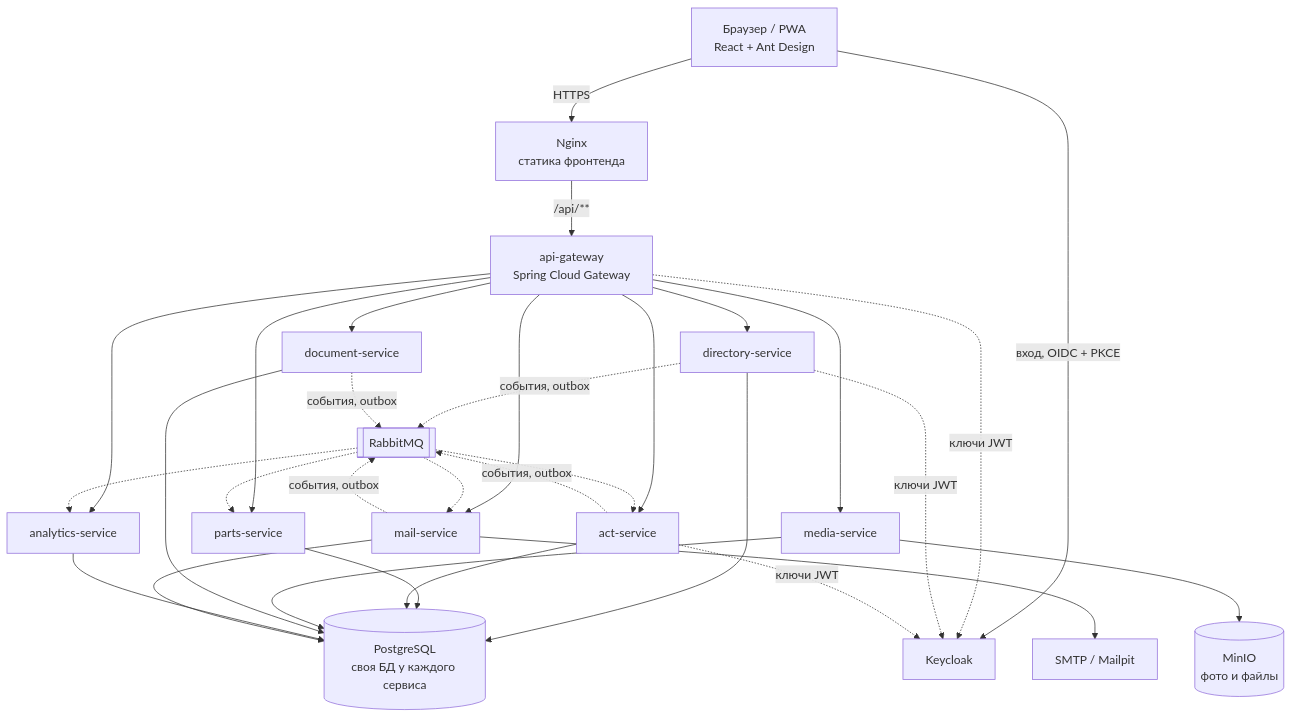
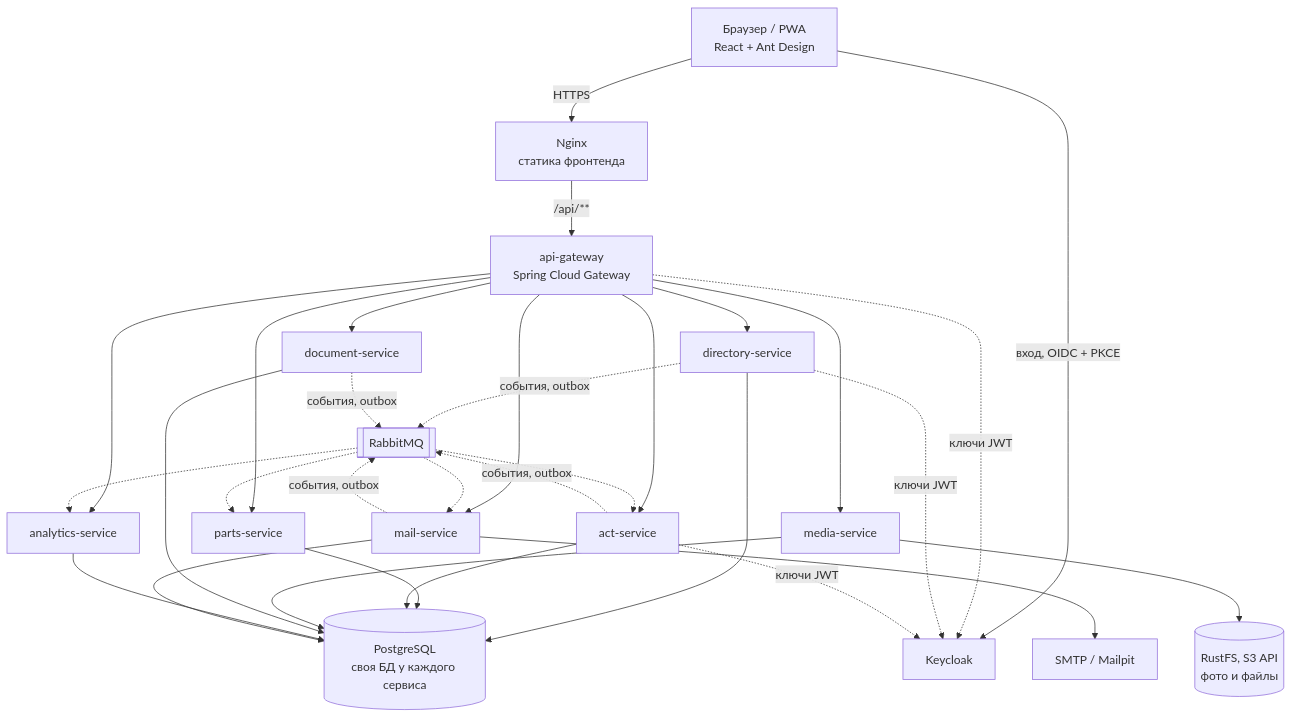
The second of 3 diagrams in docs/architecture.md (IgorPolunichev/MySystemClaude), drawn with Mermaid before and after one commit. The commit also changed 5 other files, not shown here.

````diff
--- a/docs/architecture.md
+++ b/docs/architecture.md
@@ -18,21 +18,21 @@
 ```mermaid
 flowchart TB
     browser[Браузер / PWA<br/>React + Ant Design] -->|HTTPS| nginx[Nginx<br/>статика фронтенда]
     browser -->|вход, OIDC + PKCE| kc[Keycloak]
     nginx -->|/api/**| gw[api-gateway<br/>Spring Cloud Gateway]
 
     gw --> dir[directory-service]
     gw --> parts[parts-service]
     gw --> act[act-service]
     gw --> media[media-service]
     gw --> doc[document-service]
     gw --> an[analytics-service]
     gw --> ml[mail-service]
 
     dir & parts & act & media & doc & an & ml --> pg[(PostgreSQL<br/>своя БД у каждого сервиса)]
     act & dir & doc & ml -. события, outbox .-> mq[[RabbitMQ]]
     mq -.-> an & parts & act & ml
-    media --> minio[(MinIO<br/>фото и файлы)]
+    media --> s3[(RustFS, S3 API<br/>фото и файлы)]
     ml --> smtp[SMTP / Mailpit]
     gw & dir & act -. ключи JWT .-> kc
 ```
````
